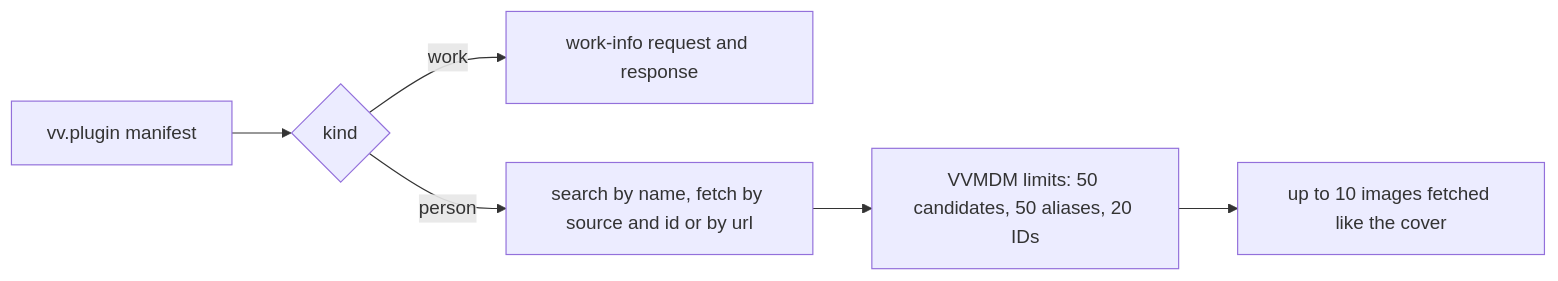
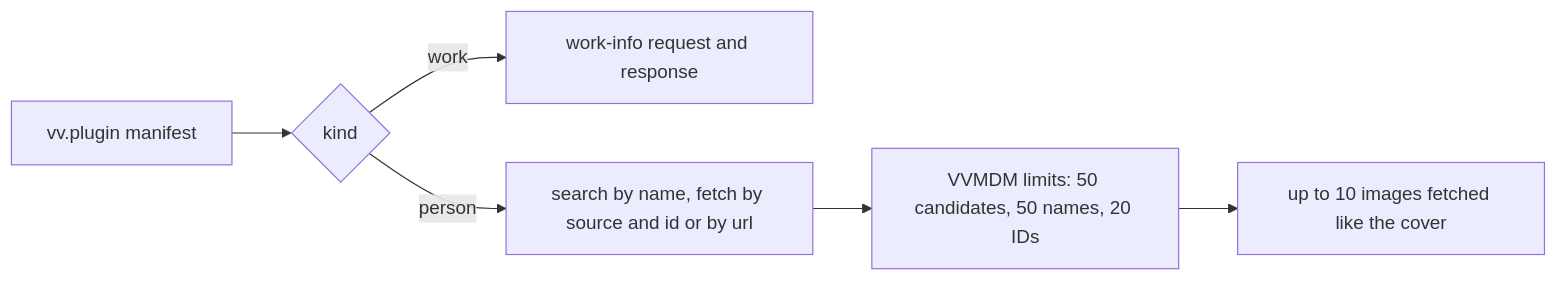
The first of 2 diagrams in docs/design-docs/person-plugins.md (syudead/vv), drawn with Mermaid before and after one commit. The commit also changed other lines of this file and 29 other files, not shown here.

First line of the commit message:
Apply a person plugin's fetched names as one list

````diff
--- a/docs/design-docs/person-plugins.md
+++ b/docs/design-docs/person-plugins.md
@@ -13,8 +13,8 @@
 ```mermaid
 flowchart LR
   manifest[vv.plugin manifest] --> kind{kind}
   kind -->|work| work[work-info request and response]
   kind -->|person| person[search by name, fetch by source and id or by url]
-  person --> limits[VVMDM limits: 50 candidates, 50 aliases, 20 IDs]
+  person --> limits[VVMDM limits: 50 candidates, 50 names, 20 IDs]
   limits --> image[up to 10 images fetched like the cover]
 ```
````
